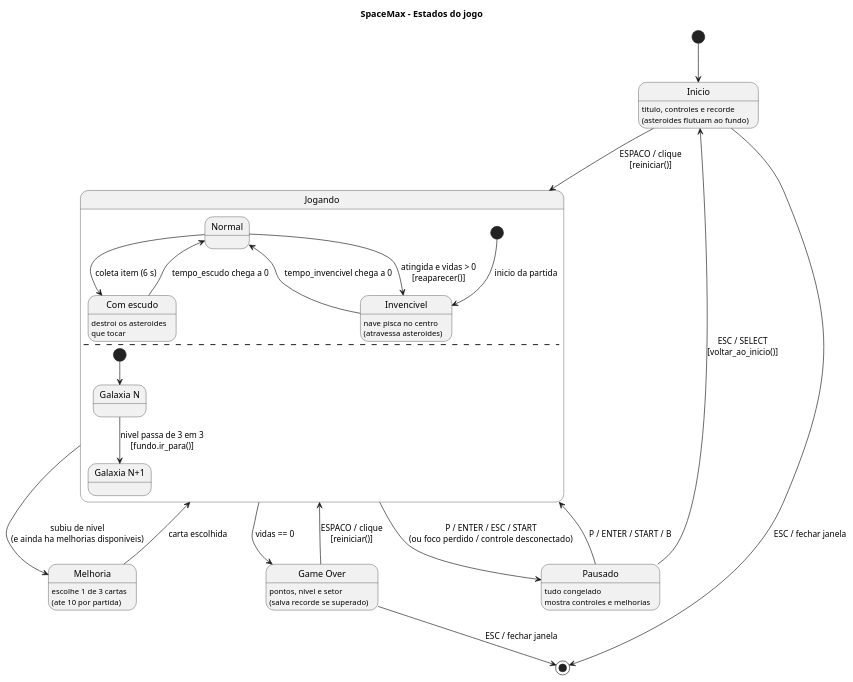
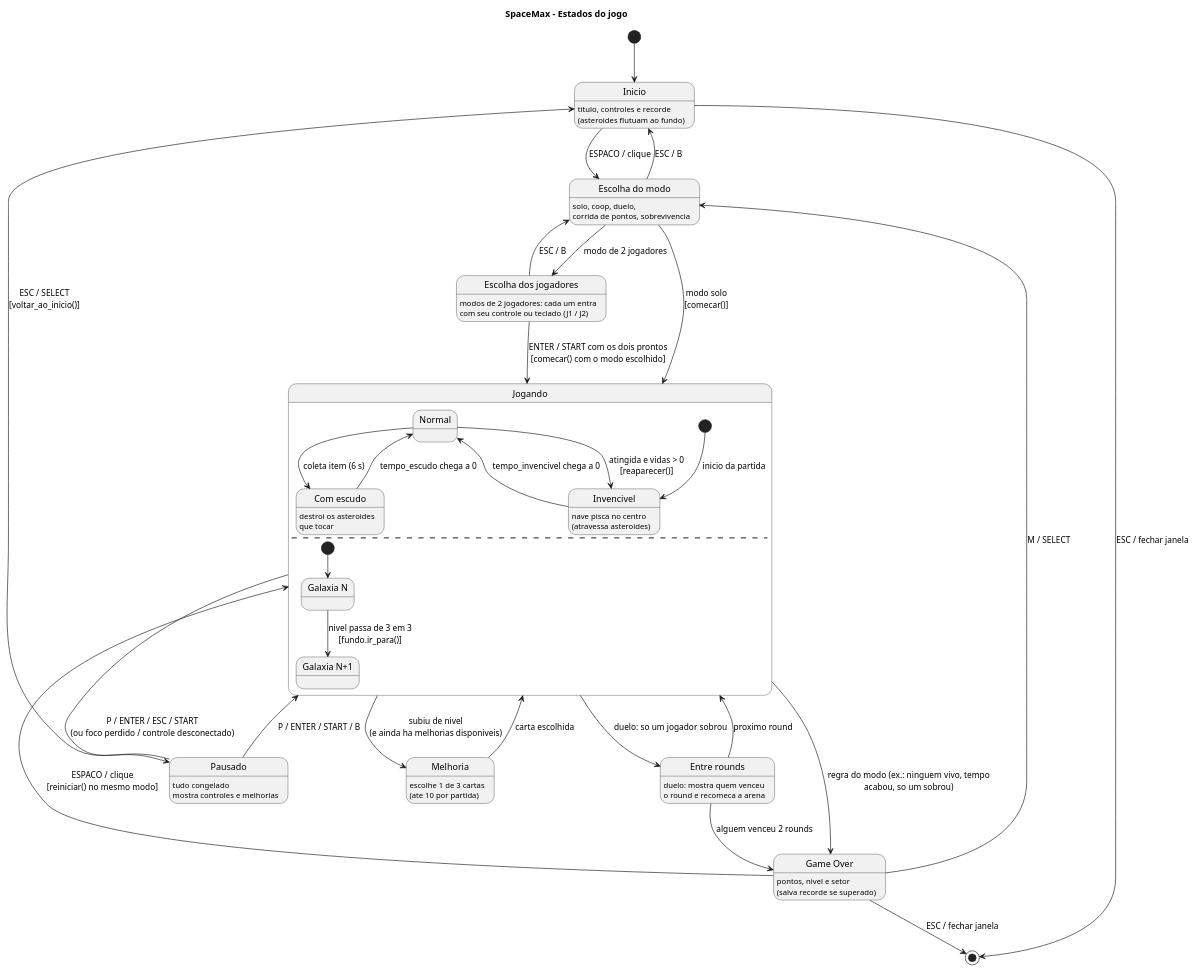
One commit to viniciussantos184/SpaceMax changed the diagram in docs/uml/estados.puml. Above: the diagram before and after it, drawn with PlantUML. The commit also changed 12 other files, not shown here.

```diff
--- a/docs/uml/estados.puml
+++ b/docs/uml/estados.puml
@@ -1,39 +1,51 @@
 @startuml estados
 title SpaceMax - Estados do jogo
 
 [*] --> Inicio
 
 state "Inicio" as Inicio : titulo, controles e recorde\n(asteroides flutuam ao fundo)
 state "Jogando" as Jogando {
   state "Normal" as Normal
   state "Invencivel" as Invencivel : nave pisca no centro\n(atravessa asteroides)
   state "Com escudo" as Escudo : destroi os asteroides\nque tocar
 
   [*] --> Invencivel : inicio da partida
   Invencivel --> Normal : tempo_invencivel chega a 0
   Normal --> Invencivel : atingida e vidas > 0\n[reaparecer()]
   Normal --> Escudo : coleta item (6 s)
   Escudo --> Normal : tempo_escudo chega a 0
   --
   state "Galaxia N" as GalaxiaN
   state "Galaxia N+1" as GalaxiaN1
   [*] --> GalaxiaN
   GalaxiaN --> GalaxiaN1 : nivel passa de 3 em 3\n[fundo.ir_para()]
 }
+state "Escolha do modo" as Modos : solo, coop, duelo,\ncorrida de pontos, sobrevivencia
+state "Escolha dos jogadores" as Lobby : modos de 2 jogadores: cada um entra\ncom seu controle ou teclado (J1 / J2)
+state "Entre rounds" as Round : duelo: mostra quem venceu\no round e recomeca a arena
 state "Pausado" as Pausado : tudo congelado\nmostra controles e melhorias
 state "Melhoria" as Melhoria : escolhe 1 de 3 cartas\n(ate 10 por partida)
 state "Game Over" as GameOver : pontos, nivel e setor\n(salva recorde se superado)
 
-Inicio --> Jogando : ESPACO / clique\n[reiniciar()]
+Inicio --> Modos : ESPACO / clique
+Modos --> Inicio : ESC / B
+Modos --> Jogando : modo solo\n[comecar()]
+Modos --> Lobby : modo de 2 jogadores
+Lobby --> Modos : ESC / B
+Lobby --> Jogando : ENTER / START com os dois prontos\n[comecar() com o modo escolhido]
+Jogando --> Round : duelo: so um jogador sobrou
+Round --> Jogando : proximo round
+Round --> GameOver : alguem venceu 2 rounds
+GameOver --> Modos : M / SELECT
 Jogando --> Pausado : P / ENTER / ESC / START\n(ou foco perdido / controle desconectado)
 Pausado --> Jogando : P / ENTER / START / B
 Pausado --> Inicio : ESC / SELECT\n[voltar_ao_inicio()]
 Jogando --> Melhoria : subiu de nivel\n(e ainda ha melhorias disponiveis)
 Melhoria --> Jogando : carta escolhida
-Jogando --> GameOver : vidas == 0
-GameOver --> Jogando : ESPACO / clique\n[reiniciar()]
+Jogando --> GameOver : regra do modo (ex.: ninguem vivo, tempo\nacabou, so um sobrou)
+GameOver --> Jogando : ESPACO / clique\n[reiniciar() no mesmo modo]
 
 Inicio --> [*] : ESC / fechar janela
 GameOver --> [*] : ESC / fechar janela
 
 @enduml
```
